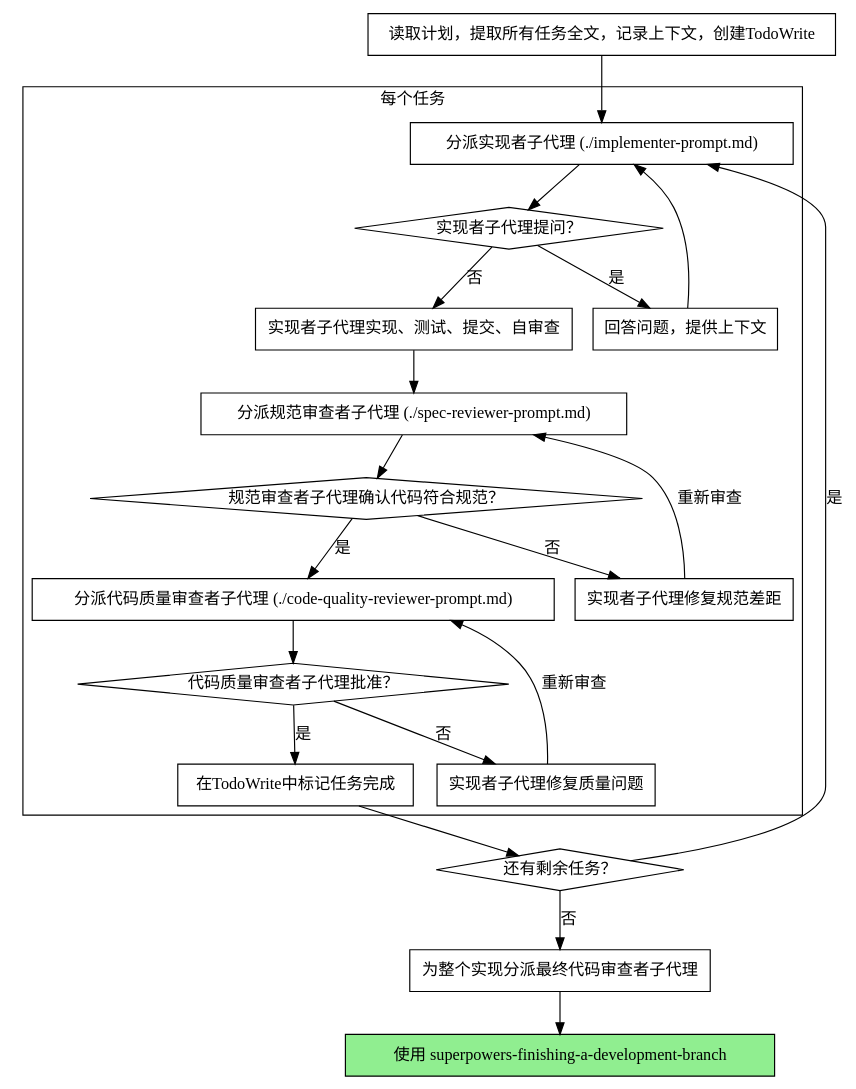
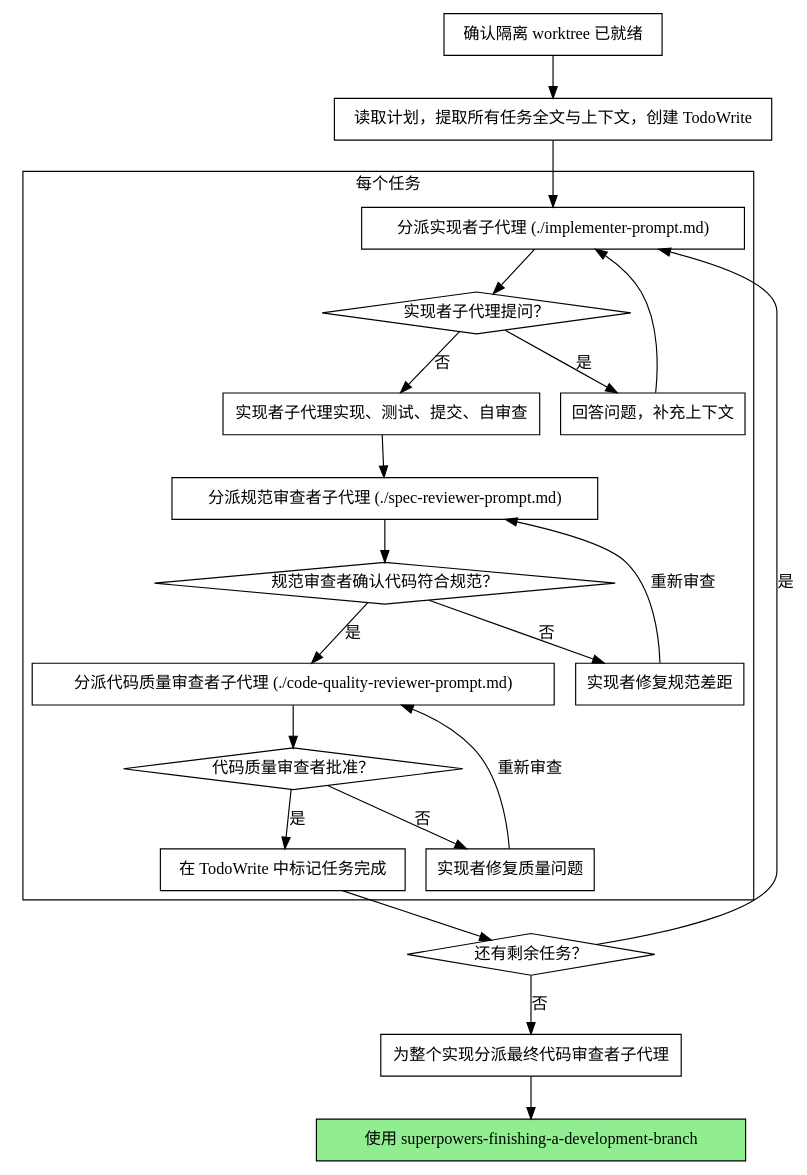
The second of 2 diagrams in apps/spec-kit-app/public/commands-packages/superpowers/skills/superpowers-subagent-driven-development/SKILL.md (klaaay/spec-toolkit), drawn with Graphviz before and after one commit. The commit also changed other lines of this file and 73 other files, not shown here.

````diff
--- a/apps/spec-kit-app/public/commands-packages/superpowers/skills/superpowers-subagent-driven-development/SKILL.md
+++ b/apps/spec-kit-app/public/commands-packages/superpowers/skills/superpowers-subagent-driven-development/SKILL.md
@@ -40,44 +44,46 @@
 ```dot
 digraph process {
     rankdir=TB;
 
     subgraph cluster_per_task {
         label="每个任务";
         "分派实现者子代理 (./implementer-prompt.md)" [shape=box];
         "实现者子代理提问？" [shape=diamond];
-        "回答问题，提供上下文" [shape=box];
+        "回答问题，补充上下文" [shape=box];
         "实现者子代理实现、测试、提交、自审查" [shape=box];
         "分派规范审查者子代理 (./spec-reviewer-prompt.md)" [shape=box];
-        "规范审查者子代理确认代码符合规范？" [shape=diamond];
-        "实现者子代理修复规范差距" [shape=box];
+        "规范审查者确认代码符合规范？" [shape=diamond];
+        "实现者修复规范差距" [shape=box];
         "分派代码质量审查者子代理 (./code-quality-reviewer-prompt.md)" [shape=box];
-        "代码质量审查者子代理批准？" [shape=diamond];
-        "实现者子代理修复质量问题" [shape=box];
-        "在TodoWrite中标记任务完成" [shape=box];
+        "代码质量审查者批准？" [shape=diamond];
+        "实现者修复质量问题" [shape=box];
+        "在 TodoWrite 中标记任务完成" [shape=box];
     }
 
-    "读取计划，提取所有任务全文，记录上下文，创建TodoWrite" [shape=box];
+    "确认隔离 worktree 已就绪" [shape=box];
+    "读取计划，提取所有任务全文与上下文，创建 TodoWrite" [shape=box];
     "还有剩余任务？" [shape=diamond];
     "为整个实现分派最终代码审查者子代理" [shape=box];
     "使用 superpowers-finishing-a-development-branch" [shape=box style=filled fillcolor=lightgreen];
 
-    "读取计划，提取所有任务全文，记录上下文，创建TodoWrite" -> "分派实现者子代理 (./implementer-prompt.md)";
+    "确认隔离 worktree 已就绪" -> "读取计划，提取所有任务全文与上下文，创建 TodoWrite";
+    "读取计划，提取所有任务全文与上下文，创建 TodoWrite" -> "分派实现者子代理 (./implementer-prompt.md)";
     "分派实现者子代理 (./implementer-prompt.md)" -> "实现者子代理提问？";
-    "实现者子代理提问？" -> "回答问题，提供上下文" [label="是"];
-    "回答问题，提供上下文" -> "分派实现者子代理 (./implementer-prompt.md)";
+    "实现者子代理提问？" -> "回答问题，补充上下文" [label="是"];
+    "回答问题，补充上下文" -> "分派实现者子代理 (./implementer-prompt.md)";
     "实现者子代理提问？" -> "实现者子代理实现、测试、提交、自审查" [label="否"];
     "实现者子代理实现、测试、提交、自审查" -> "分派规范审查者子代理 (./spec-reviewer-prompt.md)";
-    "分派规范审查者子代理 (./spec-reviewer-prompt.md)" -> "规范审查者子代理确认代码符合规范？";
-    "规范审查者子代理确认代码符合规范？" -> "实现者子代理修复规范差距" [label="否"];
-    "实现者子代理修复规范差距" -> "分派规范审查者子代理 (./spec-reviewer-prompt.md)" [label="重新审查"];
-    "规范审查者子代理确认代码符合规范？" -> "分派代码质量审查者子代理 (./code-quality-reviewer-prompt.md)" [label="是"];
-    "分派代码质量审查者子代理 (./code-quality-reviewer-prompt.md)" -> "代码质量审查者子代理批准？";
-    "代码质量审查者子代理批准？" -> "实现者子代理修复质量问题" [label="否"];
-    "实现者子代理修复质量问题" -> "分派代码质量审查者子代理 (./code-quality-reviewer-prompt.md)" [label="重新审查"];
-    "代码质量审查者子代理批准？" -> "在TodoWrite中标记任务完成" [label="是"];
-    "在TodoWrite中标记任务完成" -> "还有剩余任务？";
+    "分派规范审查者子代理 (./spec-reviewer-prompt.md)" -> "规范审查者确认代码符合规范？";
+    "规范审查者确认代码符合规范？" -> "实现者修复规范差距" [label="否"];
+    "实现者修复规范差距" -> "分派规范审查者子代理 (./spec-reviewer-prompt.md)" [label="重新审查"];
+    "规范审查者确认代码符合规范？" -> "分派代码质量审查者子代理 (./code-quality-reviewer-prompt.md)" [label="是"];
+    "分派代码质量审查者子代理 (./code-quality-reviewer-prompt.md)" -> "代码质量审查者批准？";
+    "代码质量审查者批准？" -> "实现者修复质量问题" [label="否"];
+    "实现者修复质量问题" -> "分派代码质量审查者子代理 (./code-quality-reviewer-prompt.md)" [label="重新审查"];
+    "代码质量审查者批准？" -> "在 TodoWrite 中标记任务完成" [label="是"];
+    "在 TodoWrite 中标记任务完成" -> "还有剩余任务？";
     "还有剩余任务？" -> "分派实现者子代理 (./implementer-prompt.md)" [label="是"];
     "还有剩余任务？" -> "为整个实现分派最终代码审查者子代理" [label="否"];
     "为整个实现分派最终代码审查者子代理" -> "使用 superpowers-finishing-a-development-branch";
 }
 ```
````
